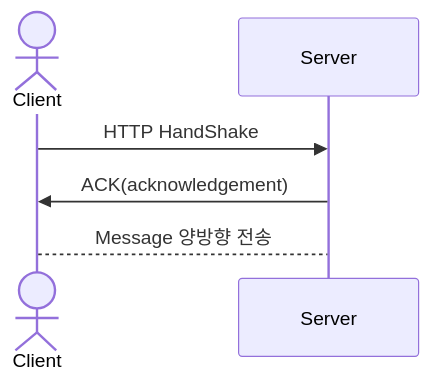
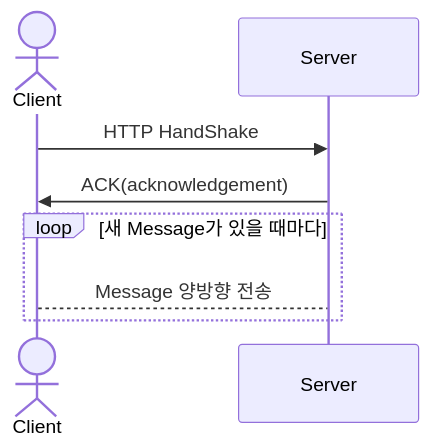
One commit to choesimin/choesimin.github.io changed the eighth of 8 diagrams in _drafts/skills/system-design/chatting.md. Above: the diagram before and after it, drawn with Mermaid. The commit also changed other lines of this file, not shown here.

````diff
--- a/_drafts/skills/system-design/chatting.md
+++ b/_drafts/skills/system-design/chatting.md
@@ -236,10 +287,13 @@
 ```mermaid
 sequenceDiagram
 
 actor c as Client
 participant s as Server
 
 c ->> s : HTTP HandShake
 s ->> c : ACK(acknowledgement)
-c --> s : Message 양방향 전송
+
+loop 새 Message가 있을 때마다
+    c --> s : Message 양방향 전송
+end
 ```
````
